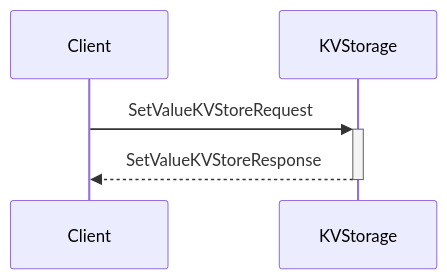
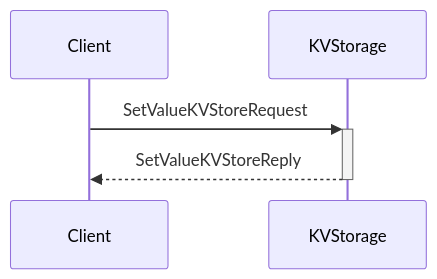
One commit to anoma/nspec changed the second of 3 diagrams in docs/arch/node/engines/local_key_value_storage_messages.juvix.md. Above: the diagram before and after it, drawn with Mermaid. The commit also changed other lines of this file and 37 other files, not shown here.

Commit message:
Renamed all instances of "Response" to "Reply" in message interfaces for consistency across commitment, decryption, identity management, and other engines.

````diff
--- a/docs/arch/node/engines/local_key_value_storage_messages.juvix.md
+++ b/docs/arch/node/engines/local_key_value_storage_messages.juvix.md
@@ -55,8 +59,8 @@
 ```mermaid
 sequenceDiagram
     participant Client
     participant KVStorage
 
     Client ->>+ KVStorage: SetValueKVStoreRequest
-    KVStorage -->>- Client: SetValueKVStoreResponse
+    KVStorage -->>- Client: SetValueKVStoreReply
 ```
````
